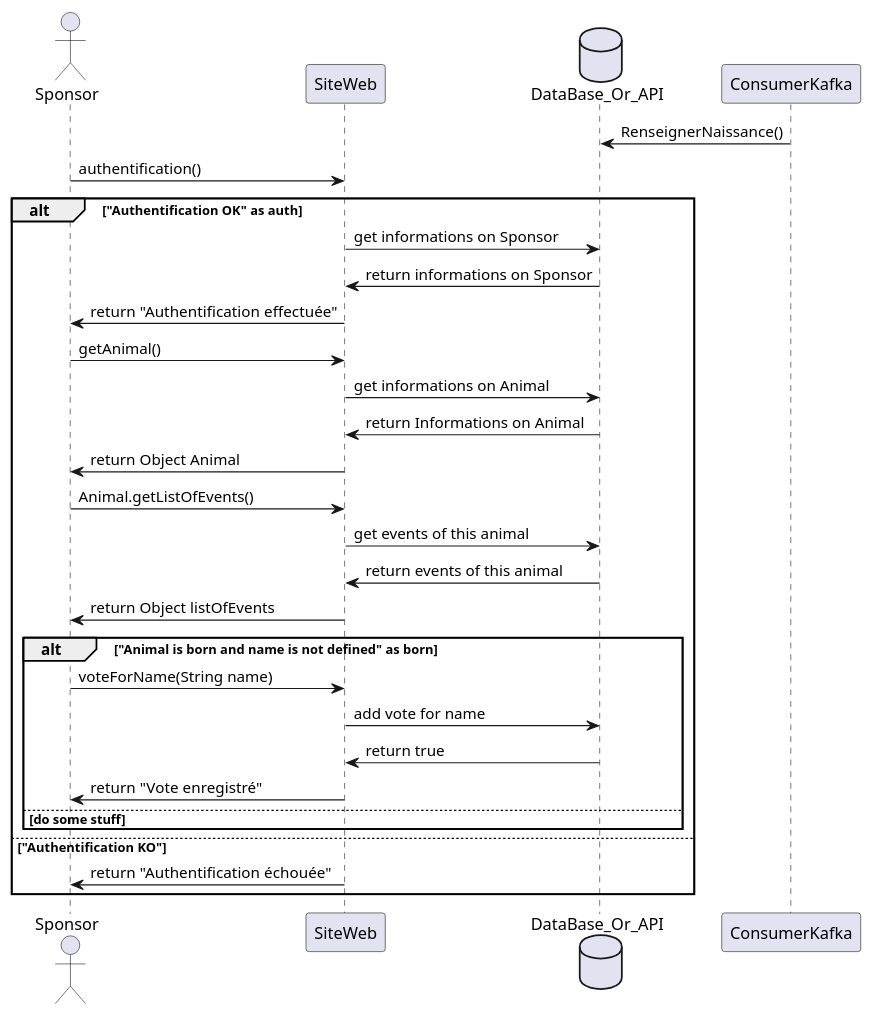
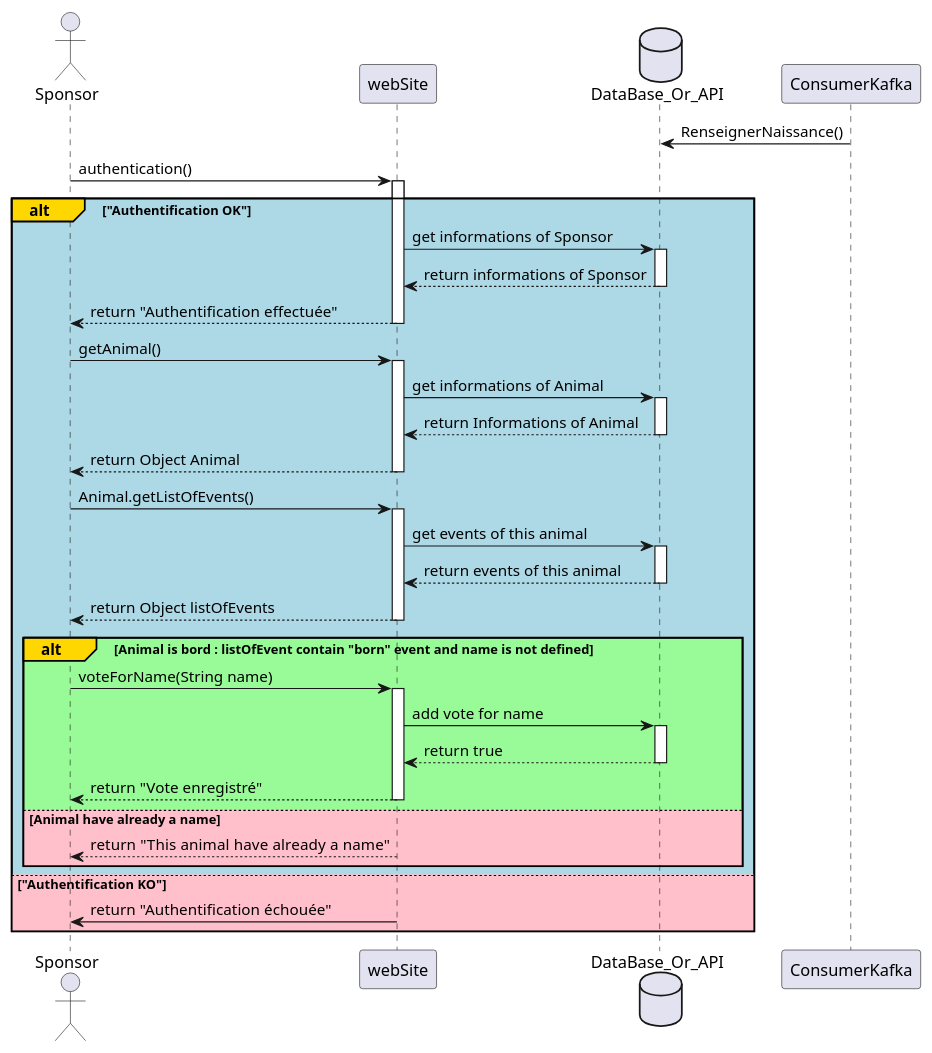
The diagram in AP5/COO/TP DIAGRAMME/Question 3 - Diagramme de séquences - MATANGA Allan ZAJAC Clément.puml (ClementZajac/Cours), drawn with PlantUML before and after one commit. The commit also changed 1 other file, not shown here.

```diff
--- a/AP5/COO/TP DIAGRAMME/Question 3 - Diagramme de séquences - MATANGA Allan ZAJAC Clément.puml
+++ b/AP5/COO/TP DIAGRAMME/Question 3 - Diagramme de séquences - MATANGA Allan ZAJAC Clément.puml
@@ -1,44 +1,61 @@
 @startuml
 
 Actor Sponsor
-Participant SiteWeb
+Participant webSite
 Database DataBase_Or_API as back
 Participant ConsumerKafka
 'Participant Animal
   ConsumerKafka -> back : RenseignerNaissance()
 
-Sponsor -> SiteWeb : authentification()
-alt "Authentification OK" as auth
-  SiteWeb -> back : get informations on Sponsor
-  back -> SiteWeb : return informations on Sponsor
-  SiteWeb -> Sponsor : return "Authentification effectuée"
+Sponsor -> webSite : authentication()
+Activate webSite
+alt#Gold #LightBlue "Authentification OK" 
+  webSite -> back : get informations of Sponsor
+  activate back
+  back --> webSite : return informations of Sponsor
+  deactivate back
+  webSite --> Sponsor : return "Authentification effectuée"
+  deactivate webSite
 
-  Sponsor -> SiteWeb : getAnimal()
-  SiteWeb -> back : get informations on Animal
-  back -> SiteWeb : return Informations on Animal
-  SiteWeb -> Sponsor : return Object Animal
+  Sponsor -> webSite : getAnimal()
+  activate webSite
+  webSite -> back : get informations of Animal
+  activate back
+  back --> webSite : return Informations of Animal
+  deactivate back
+  webSite --> Sponsor : return Object Animal
+  deactivate webSite
 
-  Sponsor -> SiteWeb : Animal.getListOfEvents()
-  SiteWeb -> back : get events of this animal
-  back -> SiteWeb : return events of this animal
-  SiteWeb -> Sponsor : return Object listOfEvents
+  Sponsor -> webSite : Animal.getListOfEvents()
+  activate webSite
+  webSite -> back : get events of this animal
+  activate back
+  back --> webSite : return events of this animal
+  deactivate back
+  webSite --> Sponsor : return Object listOfEvents
+  deactivate webSite
 
   'If animal is born && name is null
 
 
-  alt "Animal is born and name is not defined" as born
+  alt#Gold #PaleGreen Animal is bord : listOfEvent contain "born" event and name is not defined
     
-    Sponsor -> SiteWeb : voteForName(String name)
-    SiteWeb -> back : add vote for name
-    back -> SiteWeb : return true
-    SiteWeb -> Sponsor : return "Vote enregistré"
-  else do some stuff
+    Sponsor -> webSite : voteForName(String name)
+    activate webSite
+    webSite -> back : add vote for name
+    activate back
+    back --> webSite : return true
+    deactivate back
+    webSite --> Sponsor : return "Vote enregistré"
+    deactivate webSite
+  else #Pink Animal have already a name
+    webSite --> Sponsor :return  "This animal have already a name"
   end
 
-else "Authentification KO"
-  SiteWeb -> Sponsor : return "Authentification échouée"
+else #Pink "Authentification KO"
+  webSite -> Sponsor : return "Authentification échouée"
 end
 
 
 
 @enduml
```
